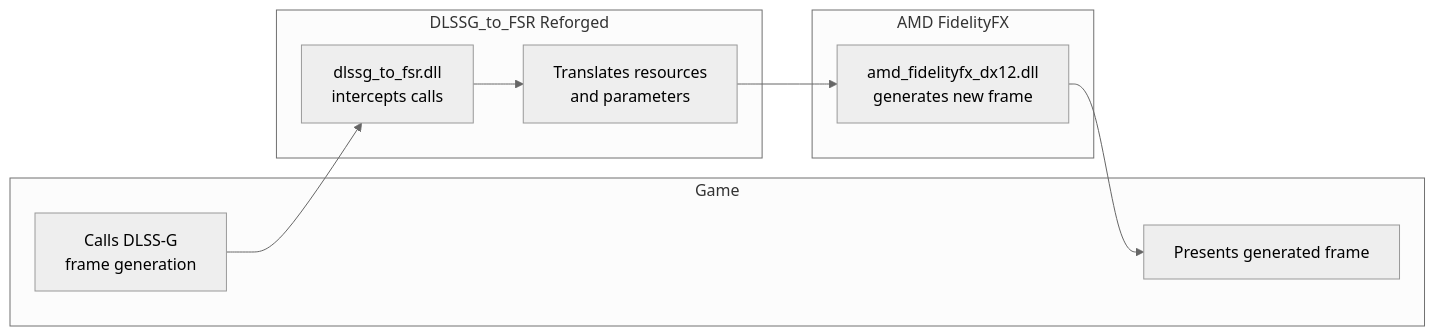
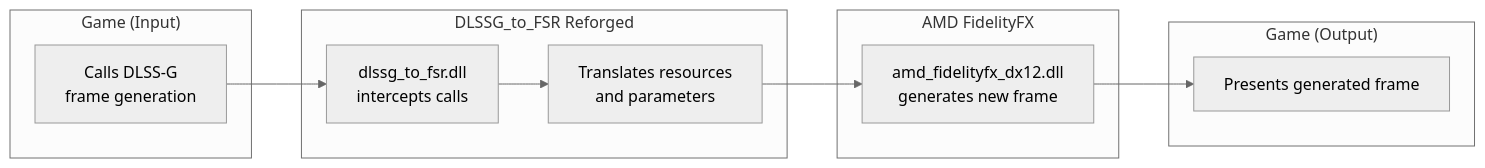
One commit to RespectMathias/dlssg-to-fsr3 changed the diagram in README.md. Above: the diagram before and after it, drawn with Mermaid (neutral theme).

````diff
--- a/README.md
+++ b/README.md
@@ -178,18 +178,21 @@
 ```mermaid
 flowchart LR
-    subgraph game["Game"]
+    subgraph game_in["Game (Input)"]
         A["Calls DLSS-G<br/>frame generation"]
-        F["Presents generated frame"]
     end
 
     subgraph reforged["DLSSG_to_FSR Reforged"]
         B["dlssg_to_fsr.dll<br/>intercepts calls"]
         C["Translates resources<br/>and parameters"]
     end
 
     subgraph ffx["AMD FidelityFX"]
         D["amd_fidelityfx_dx12.dll<br/>generates new frame"]
     end
 
+    subgraph game_out["Game (Output)"]
+        F["Presents generated frame"]
+    end
+
     A --> B --> C --> D --> F
 ```
````
